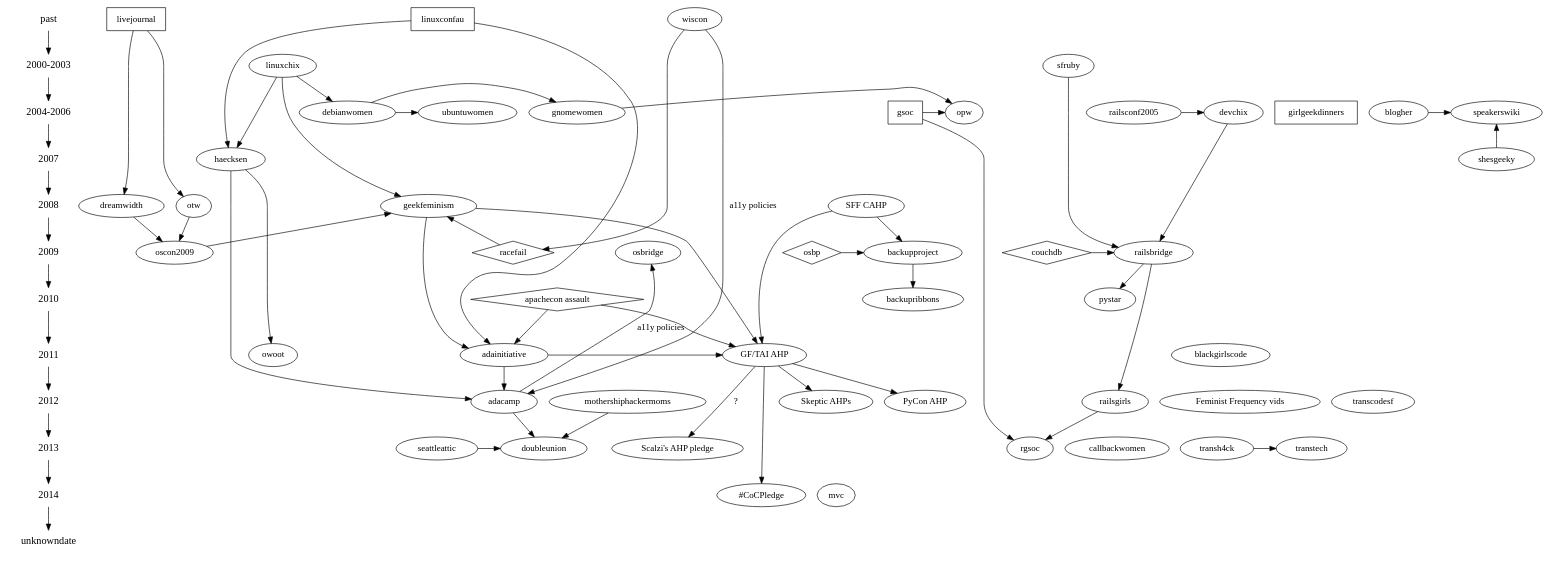
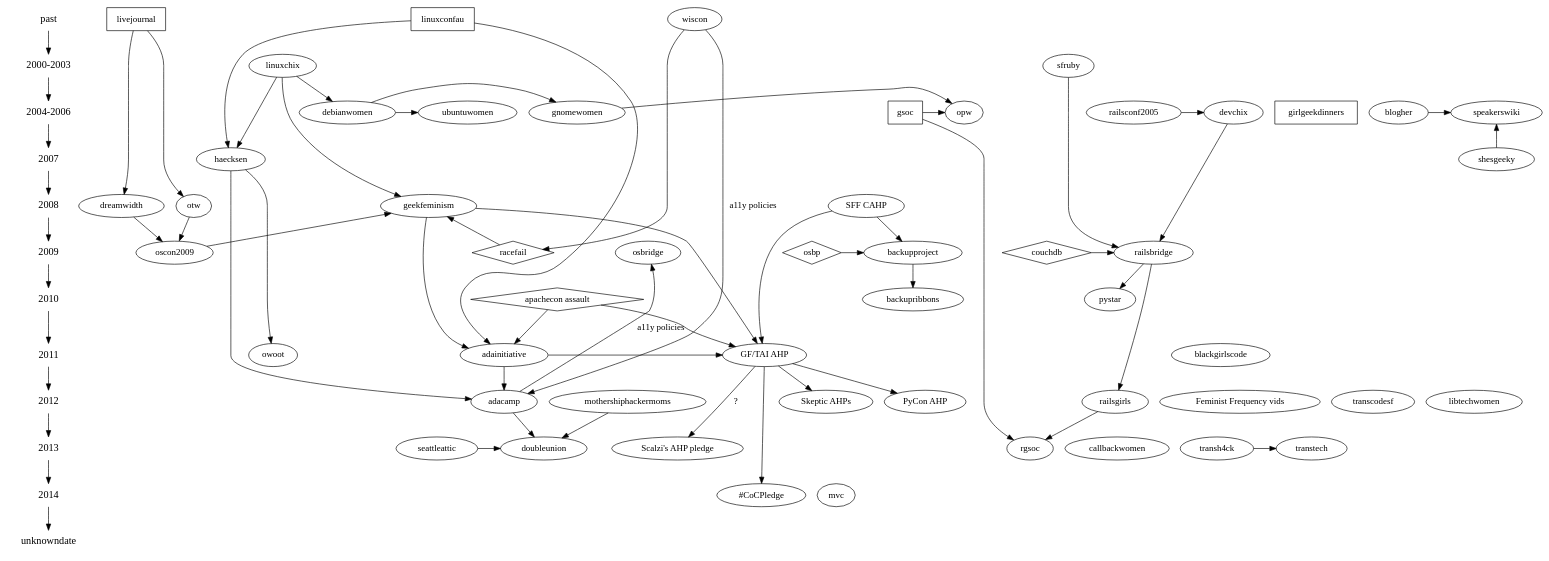
One commit to brainwane/gf-family-tree changed the diagram in gfft.dot. Above: the diagram before and after it, drawn with Graphviz. The commit also changed 1 other file, not shown here.

Commit message:
Add libtechwomen, unknown relationships

```diff
--- a/gfft.dot
+++ b/gfft.dot
@@ -1,163 +1,165 @@
 digraph GeekFeminismFamilyTree {
 
   /*
      The following shapes are used for different types of things:
      oval = geek feminist/women-in-tech/etc organisation
      rectangle = orgs that aren't particularly feminist, but are influential
      diamond = event/incident (cf. GF wiki "Timeline of Incidents")
   */
 
   /*
      And this section lays out the history in terms of years.
   */
 
   {
     node [shape=plaintext, fontsize=16];
     past -> "2000-2003" -> "2004-2006" -> 2007 -> 2008 -> 2009 -> 2010 -> 2011 -> 2012 -> 2013 -> 2014 -> unknowndate;
   }
   { rank = same; past; livejournal; wiscon; linuxconfau}
   { rank = same; "2000-2003"; linuxchix; sfruby}
   { rank = same; "2004-2006"; gsoc; opw; ubuntuwomen; gnomewomen; debianwomen; girlgeekdinners; blogher; speakerswiki; railsconf2005; devchix}
   { rank = same; 2007; haecksen; shesgeeky; }
   { rank = same; 2008; "SFF CAHP"; geekfeminism; dreamwidth; otw; }
   { rank = same; 2009; oscon2009; racefail; couchdb; railsbridge; osbp; backupproject; osbridge; }
   { rank = same; 2010; "apachecon assault"; backupribbons;}
   { rank = same; 2011; adainitiative; "GF/TAI AHP"; owoot; blackgirlscode }
-  { rank = same; 2012; adacamp; railsgirls; "Skeptic AHPs"; "PyCon AHP"; "Feminist Frequency vids"; transcodesf; }
+  { rank = same; 2012; adacamp; railsgirls; "Skeptic AHPs"; "PyCon AHP"; "Feminist Frequency vids"; transcodesf; libtechwomen; }
   { rank = same; 2013; seattleattic; doubleunion; rgsoc; callbackwomen; "Scalzi's AHP pledge"; transh4ck; transtech; }
   { rank = same; 2014; mvc; "#CoCPledge"; }
   { rank = same; 2014; mvc }
   { rank = same; unknowndate; }
 
   /* GGD explicitly identify as non-feminist
    * news.bbc.co.uk/2/hi/technology/8663593.stm */
   girlgeekdinners [shape=rectangle]
 
   /* Skud set up the GF wiki in 2008, mostly inspired by earlier "women
    * in open source" communities such as linuxchix */
   linuxchix -> geekfeminism;
 
   /* in 2009, Racefail introduced Skud and other GF wiki contributors to
    * a lot of new ideas */
   racefail -> geekfeminism;
   racefail [shape=diamond];
 
   /* in 2010, the Noirin Plunkett's assault at ApacheCon triggered
    * discussions about anti-harassment that would lead to the formation
    * of the Ada Initiative */
   "apachecon assault" -> adainitiative;
   "apachecon assault" [shape=diamond];
 
   /* GF (esp. volunteer burnout) was an influence on TAI */
   geekfeminism -> adainitiative;
 
   /* The first TAI discussions were held at LCA */
   linuxconfau -> adainitiative;
   linuxconfau [shape=rectangle];
 
   /* TAI wrote the first conf anti-harassment poilcy in response to the
    * apachecon assault */
   "apachecon assault" -> "GF/TAI AHP"
   "geekfeminism" -> "GF/TAI AHP"
   "adainitiative" -> "GF/TAI AHP"
 
   /* The Con Anti-Harassment Policy (out of SFF fandom) also inspired it */
   "SFF CAHP" -> "GF/TAI AHP"
 
   /* Vaguely related: Open Source Boob Project and Backup Project */
   osbp -> backupproject
   osbp [shape=diamond]
   "SFF CAHP" -> backupproject
   backupproject -> backupribbons;
 
   /* The GF/TAI AHP inspired the PyCon variant */
   "GF/TAI AHP" -> "PyCon AHP";
 
   /* The GF/TAI AHP inspired the skeptic variants */
   "GF/TAI AHP" -> "Skeptic AHPs";
   "GF/TAI AHP" -> "#CoCPledge";
 
   /* Causation here is less clear. */
   "GF/TAI AHP" -> "Scalzi's AHP pledge" [label="?"];
 
   adainitiative -> adacamp;
 
   /* Adacamp was inspired in some ways by Wiscon, eg. accessibility */
   wiscon -> adacamp [label="a11y policies"];
   /* and then open source bridge picked up some of that from adacamp */
   adacamp -> osbridge [label="a11y policies"];
 
   /* DoubleUnion came out of AdaCamp SF in 2013 */
   adacamp -> doubleunion;
   /* pretty sure mothership hackermoms was also an inspiration? */
   mothershiphackermoms -> doubleunion;
   seattleattic -> doubleunion;
 
   /* Various early women-in-open-source mailing lists etc */
   linuxchix -> debianwomen;
   debianwomen -> ubuntuwomen;
   /* Direct ancestry, because Hanna Wallach did debianwomen first and
    * then GNOME Women, and was never a big participant in LinuxChix*/
   debianwomen -> gnomewomen;
   haecksen -> owoot;
 
   /* Gnome Outreach Program for Women, now FOSS OPW */
   gnomewomen -> opw;
   /* "The Outreach Program for Women (OPW) was inspired by Google's
    * Summer of Code and by how few women applied for it."
    * via gnome.org/opw (why can't I include double slashes in a comment?)
    */
   gsoc -> opw;
   gsoc [shape=rectangle]
 
   /* LinuxChix inspired the Haecksen miniconf at LCA */
   linuxchix -> haecksen;
   linuxconfau -> haecksen;
 
   /* Both creations of Mary Gardiner's, one of the inputs to AdaCamp is
      what wasn't possible with Haecksen */
   haecksen -> adacamp;
 
   /* RailsBridge happened in response to the CouchDB incident at
    * GoGaRuCo */
   couchdb -> railsbridge;
   couchdb [shape=diamond];
   railsbridge -> pystar;
   railsbridge -> railsgirls;
 
   /* There's now a rails girls summer of code */
 
   railsgirls -> rgsoc;
   gsoc -> rgsoc;
 
   wiscon -> racefail;
 
   /* Livejournal (esp. their fail) inspired DW and OTW */
   livejournal -> dreamwidth;
   livejournal -> otw;
   livejournal [shape=rectangle]
 
   /* Dreamwidth and OTW inspired Skud's 2009 OSCON keynote */
   dreamwidth -> oscon2009;
   otw -> oscon2009;
 
   /* GF blog came out of the oscon2009 keynote, as a place to have
    * ongoing conversations */
   oscon2009 -> geekfeminism;
 
   /* Trans*H4CK inspired the Transtech meetups
    * lukasblakk.com/why-i-was-part-of-creating-a-thing-called-transtech/ */
   transh4ck -> transtech;
 
   /* Speaker's wiki (www.socialtext.net/speakers) came out of BlogHer
    * '05 and is supported by She's Geeky */
   blogher -> speakerswiki;
   shesgeeky -> speakerswiki;
 
   /* Desi McAdam started DevChix in 2005 with initial membership from user groups and RailsConf 2005 */
   /* After seeing few women at SFRuby, Sarah Mei worked with DevChix folks organizing RailsBridge on the DevChix wiki */
   railsconf2005 -> devchix;
   devchix -> railsbridge;
   sfruby -> railsbridge;
 
+  libtechwomen;
+
 }
```
